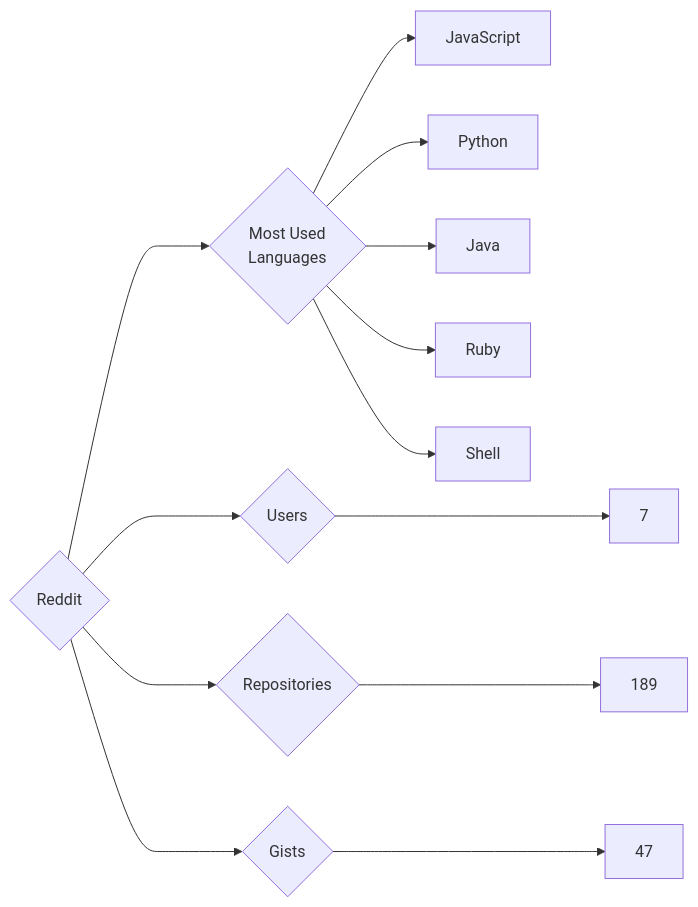
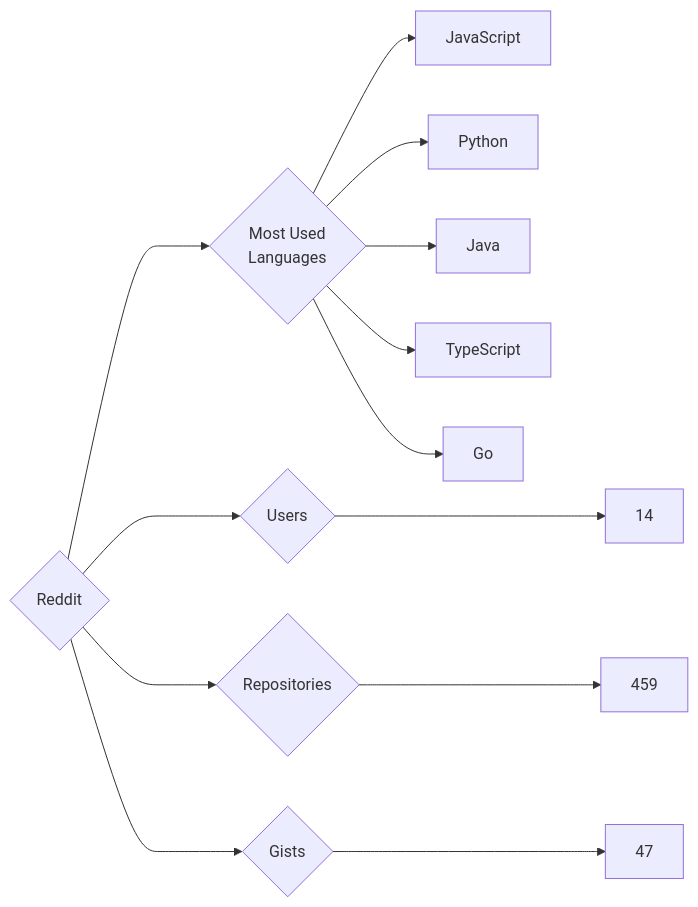
Before and after one commit to trickest/insiders: the diagram in targets/Reddit/README.md, drawn with Mermaid. The commit also changed 770 other files, not shown here.

````diff
--- a/targets/Reddit/README.md
+++ b/targets/Reddit/README.md
@@ -3,13 +3,13 @@
 ```mermaid
 graph LR
 COMPANY_NAME{Reddit}
-COMPANY_NAME ---> U{Users} ---> UN[7]
-COMPANY_NAME ---> R{Repositories} ---> RN[189]
+COMPANY_NAME ---> U{Users} ---> UN[14]
+COMPANY_NAME ---> R{Repositories} ---> RN[459]
 COMPANY_NAME ---> G{Gists} ---> GN[47]
 COMPANY_NAME ---> ML{Most Used<br>Languages}
 ML --> JavaScript[JavaScript]
 ML --> Python[Python]
 ML --> Java[Java]
-ML --> Ruby[Ruby]
-ML --> Shell[Shell]
+ML --> TypeScript[TypeScript]
+ML --> Go[Go]
 ```
````
